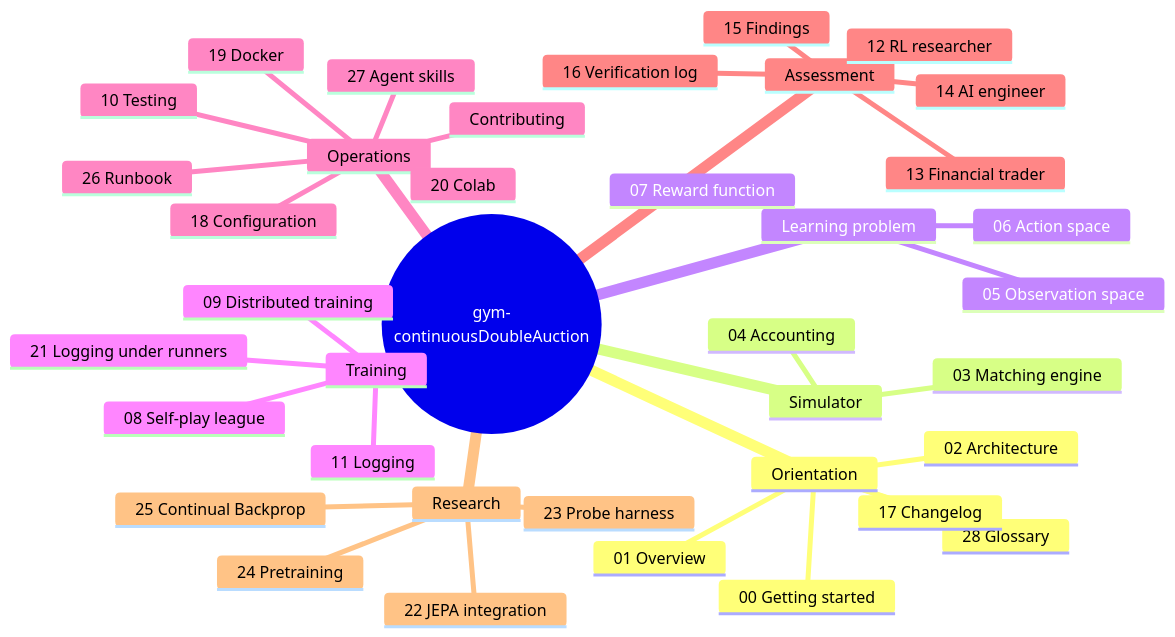
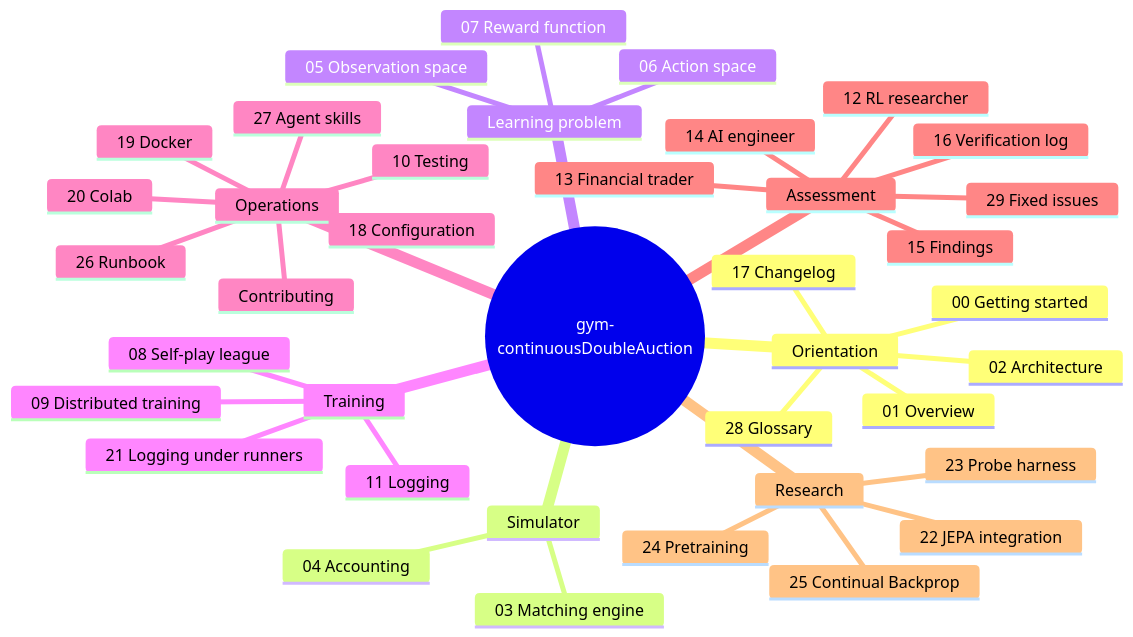
Before and after one commit to ChuaCheowHuan/gym-continuousDoubleAuction: the diagram in docs/README.md, drawn with Mermaid. The commit also changed other lines of this file and 3 other files, not shown here.

````diff
--- a/docs/README.md
+++ b/docs/README.md
@@ -9,41 +9,42 @@
 ```mermaid
 mindmap
   root(("gym-continuousDoubleAuction"))
     Orientation
       00 Getting started
       01 Overview
       02 Architecture
       28 Glossary
       17 Changelog
     Simulator
       03 Matching engine
       04 Accounting
     Learning problem
       05 Observation space
       06 Action space
       07 Reward function
     Training
       08 Self-play league
       09 Distributed training
       11 Logging
       21 Logging under runners
     Operations
       26 Runbook
       27 Agent skills
       18 Configuration
       19 Docker
       20 Colab
       10 Testing
       Contributing
     Assessment
       12 RL researcher
       13 Financial trader
       14 AI engineer
       15 Findings
+      29 Fixed issues
       16 Verification log
     Research
       22 JEPA integration
       23 Probe harness
       24 Pretraining
       25 Continual Backprop
 ```
````
